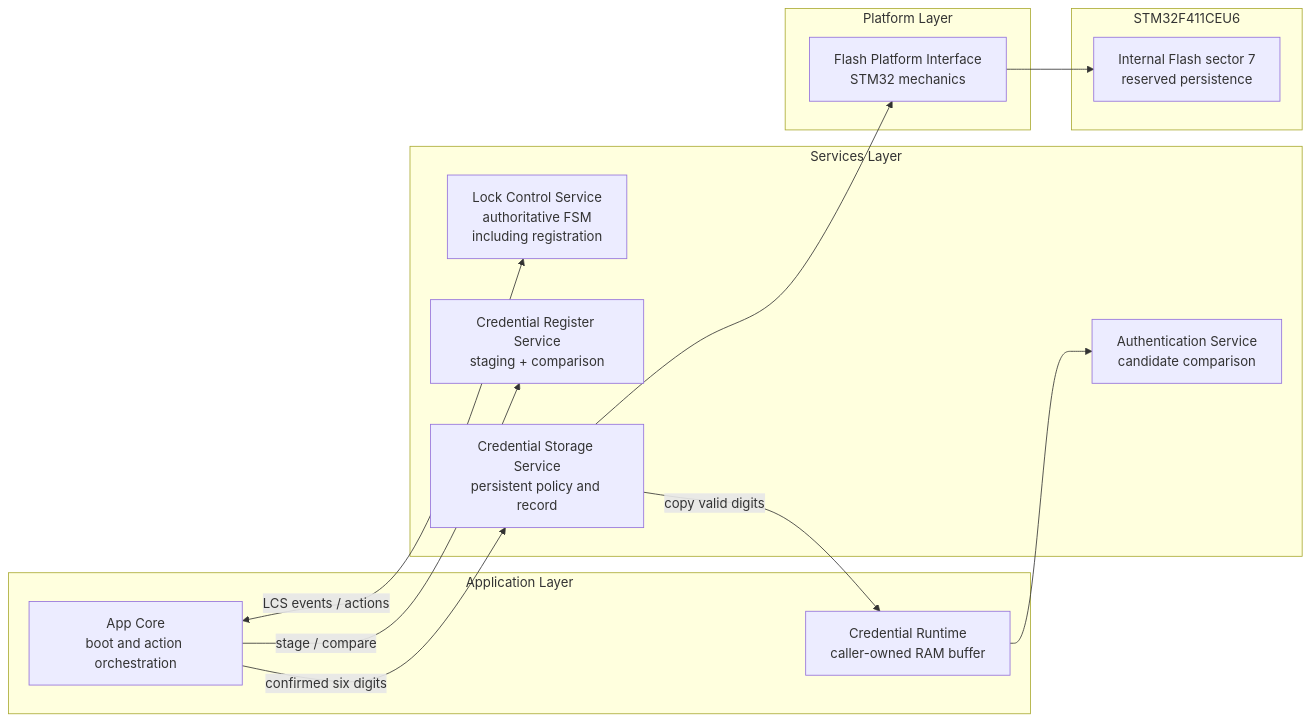
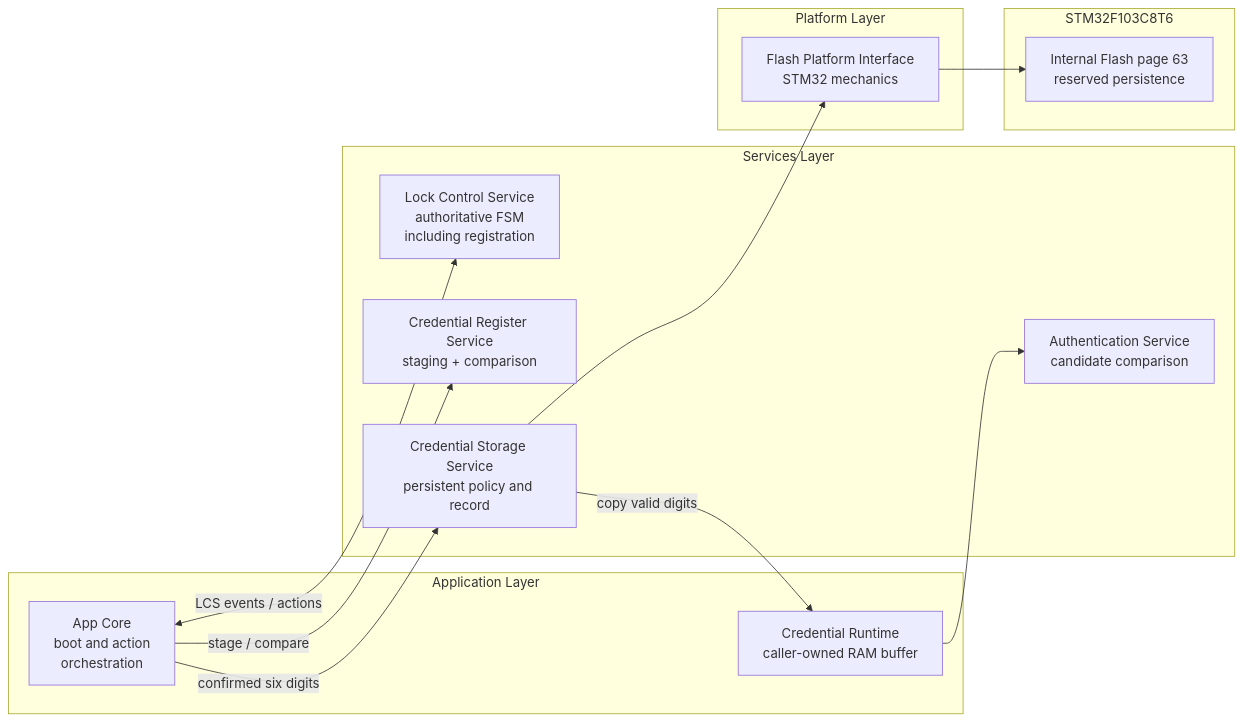
Before and after one commit to JP-REY/STM32F103C8T6-Based-Electronic-Lock: the first of 4 diagrams in Libs/Services/Credential_Storage/README.md, drawn with Mermaid. The commit also changed other lines of this file and 187 other files, not shown here.

````diff
--- a/Libs/Services/Credential_Storage/README.md
+++ b/Libs/Services/Credential_Storage/README.md
@@ -137,30 +137,30 @@
 ```mermaid
 flowchart LR
     subgraph APP["Application Layer"]
-        APP_CORE["App Core<br/>boot and action orchestration"]
+        APP_CORE["App Core<br/>boot and action <br/>orchestration"]
         RUNTIME["Credential Runtime<br/>caller-owned RAM buffer"]
     end
 
     subgraph SERVICES["Services Layer"]
         CRS["Credential Register Service<br/>staging + comparison"]
         CSS["Credential Storage Service<br/>persistent policy and record"]
         AS["Authentication Service<br/>candidate comparison"]
         LCS["Lock Control Service<br/>authoritative FSM <br/>including registration"]
     end
 
     subgraph PLATFORM["Platform Layer"]
         FLASH["Flash Platform Interface<br/>STM32 mechanics"]
     end
 
-    subgraph TARGET["STM32F411CEU6"]
-        SECTOR7["Internal Flash sector 7<br/>reserved persistence"]
+    subgraph TARGET["STM32F103C8T6"]
+        PAGE63["Internal Flash page 63<br/>reserved persistence"]
     end
 
     APP_CORE <-->|"LCS events / actions"| LCS
     APP_CORE -->|"stage / compare"| CRS
     APP_CORE -->|"confirmed six digits"| CSS
     CSS --> FLASH
-    FLASH --> SECTOR7
+    FLASH --> PAGE63
     CSS -->|"copy valid digits"| RUNTIME
     RUNTIME --> AS
 ```
````
